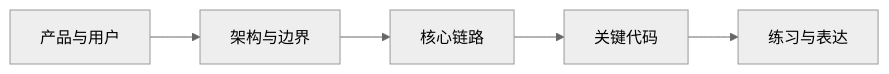
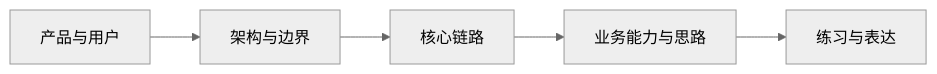
Before and after one commit to xinqingaa/agent-case: the diagram in templates/project-decomposition/00-learning-guide.md, drawn with Mermaid (neutral theme). The commit also changed other lines of this file and 74 other files, not shown here.

````diff
--- a/templates/project-decomposition/00-learning-guide.md
+++ b/templates/project-decomposition/00-learning-guide.md
@@ -25,7 +25,7 @@
 ```mermaid
 flowchart LR
     Product[产品与用户] --> Architecture[架构与边界]
     Architecture --> Flows[核心链路]
-    Flows --> Code[关键代码]
-    Code --> Practice[练习与表达]
+    Flows --> Thinking[业务能力与思路]
+    Thinking --> Practice[练习与表达]
 ```
````
